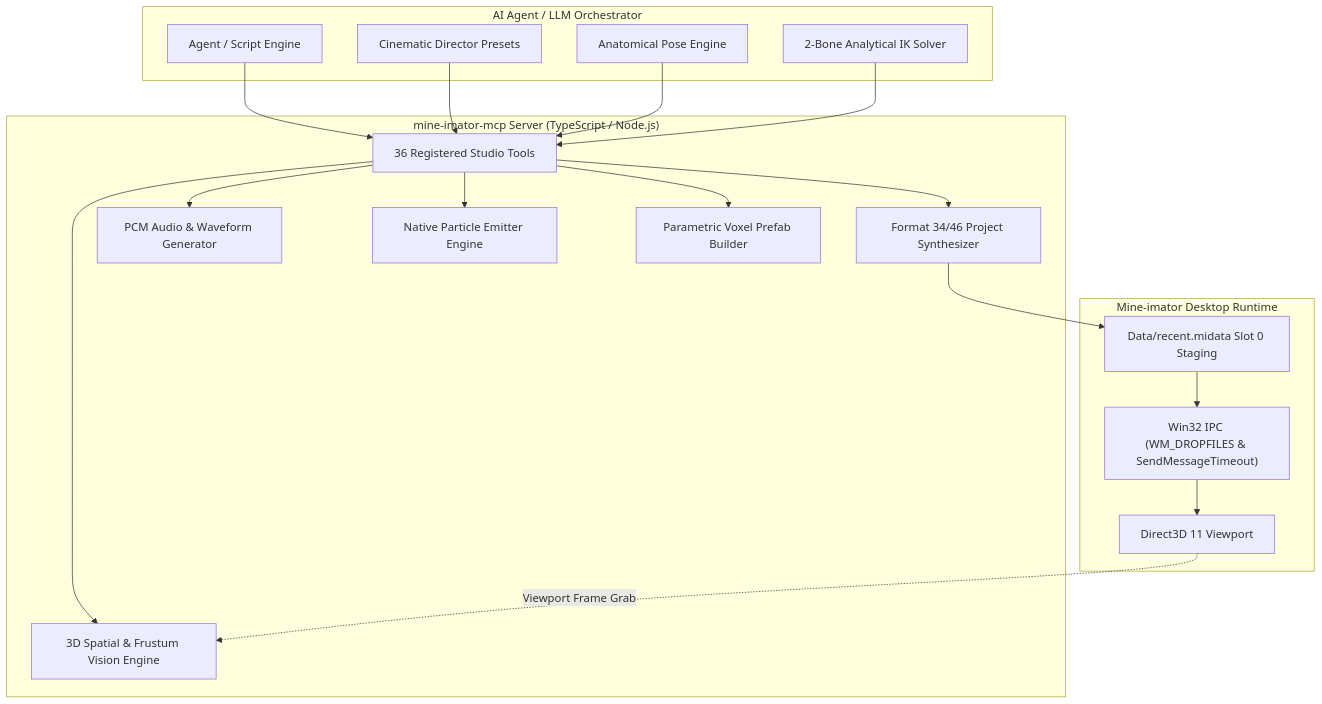
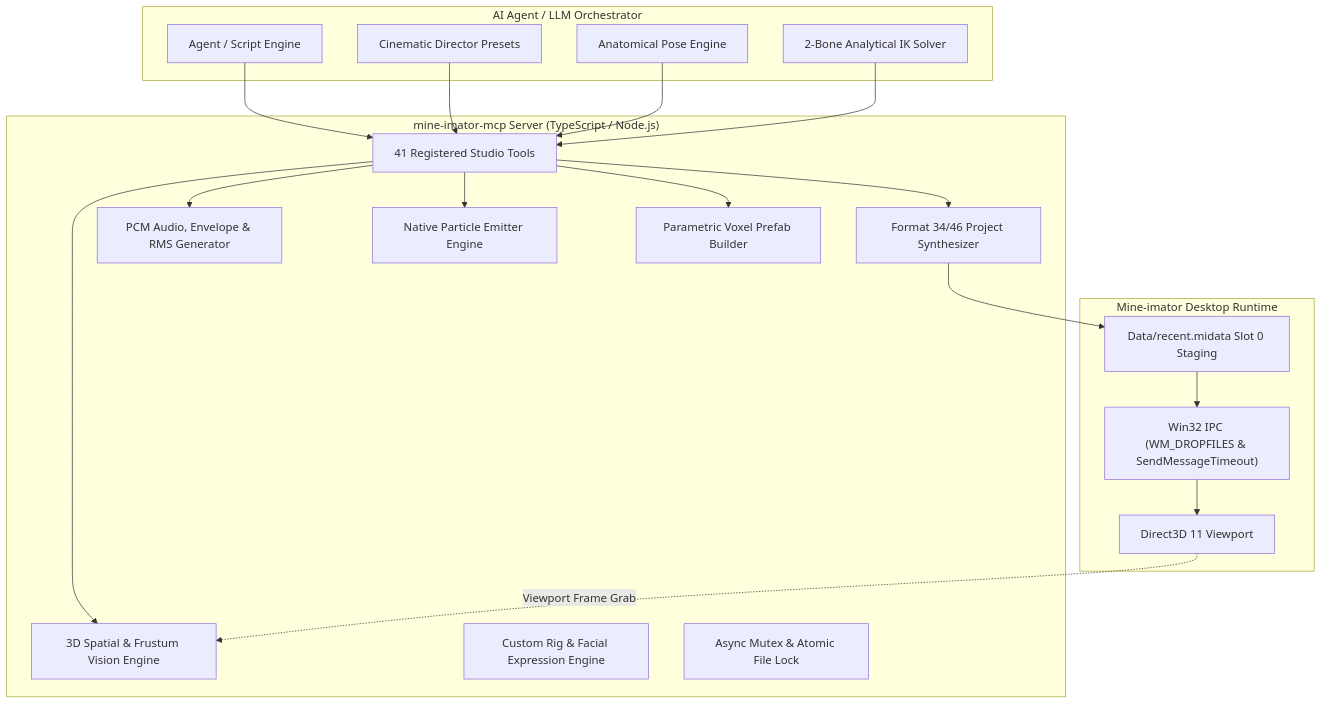
The diagram in README.md (foukae3-spec/mine-imator-mcp), drawn with Mermaid before and after one commit. The commit also changed other lines of this file and 12 other files, not shown here.

Commit message:
feat(v2-addendum): async file lock, batch execute, camera cut sequencing, facial rig, and audio RMS envelope

````diff
--- a/README.md
+++ b/README.md
@@ -15,40 +15,42 @@
 ```mermaid
 flowchart TD
     subgraph AI["AI Agent / LLM Orchestrator"]
         LLM["Agent / Script Engine"]
         Director["Cinematic Director Presets"]
         PoseLib["Anatomical Pose Engine"]
         IK["2-Bone Analytical IK Solver"]
     end
 
     subgraph MCP["mine-imator-mcp Server (TypeScript / Node.js)"]
-        Tools["36 Registered Studio Tools"]
+        Tools["41 Registered Studio Tools"]
         ProjectEngine["Format 34/46 Project Synthesizer"]
         Vision["3D Spatial & Frustum Vision Engine"]
-        Audio["PCM Audio & Waveform Generator"]
+        Audio["PCM Audio, Envelope & RMS Generator"]
         Particles["Native Particle Emitter Engine"]
         Structures["Parametric Voxel Prefab Builder"]
+        Facial["Custom Rig & Facial Expression Engine"]
+        FileLock["Async Mutex & Atomic File Lock"]
     end
 
     subgraph Desktop["Mine-imator Desktop Runtime"]
         D3D["Direct3D 11 Viewport"]
         Win32["Win32 IPC (WM_DROPFILES & SendMessageTimeout)"]
         Recent["Data/recent.midata Slot 0 Staging"]
     end
 
     LLM --> Tools
     Director --> Tools
     PoseLib --> Tools
     IK --> Tools
 
     Tools --> ProjectEngine
     Tools --> Vision
     Tools --> Audio
     Tools --> Particles
     Tools --> Structures
 
     ProjectEngine --> Recent
     Recent --> Win32
     Win32 --> D3D
     D3D -. Viewport Frame Grab .-> Vision
 ```
````
